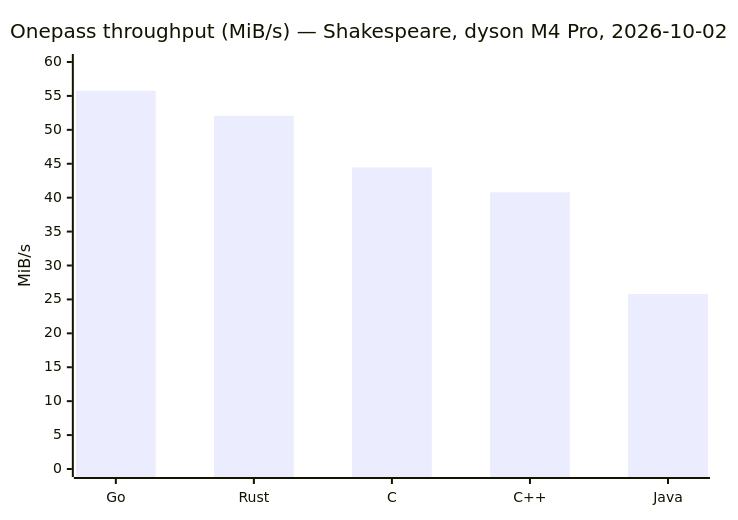
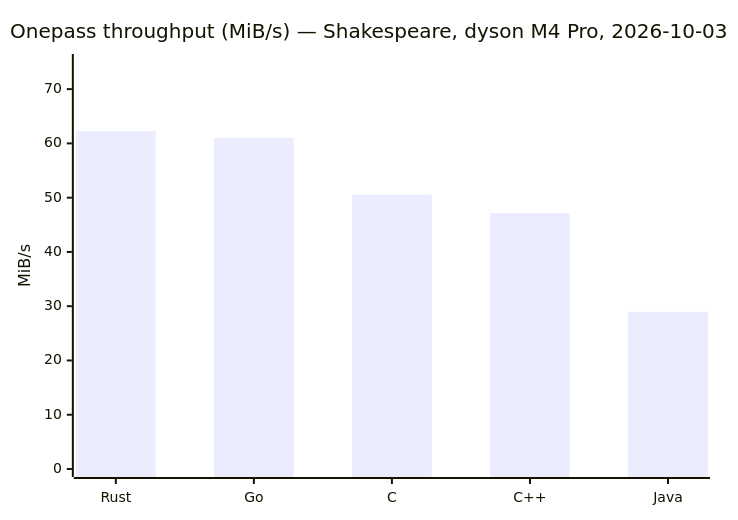
One commit to darrelllong/Delta-Compression changed the third of 10 diagrams in ANALYSIS.md. Above: the diagram before and after it, drawn with Mermaid. The commit also changed other lines of this file and 27 other files, not shown here.

````diff
--- a/ANALYSIS.md
+++ b/ANALYSIS.md
@@ -486,7 +489,7 @@
 ```mermaid
 xychart-beta
-    title "Onepass throughput (MiB/s) — Shakespeare, dyson M4 Pro, 2026-10-02"
-    x-axis ["Go", "Rust", "C", "C++", "Java"]
-    y-axis "MiB/s" 0 --> 60
-    bar [55.76, 52.08, 44.46, 40.79, 25.80]
+    title "Onepass throughput (MiB/s) — Shakespeare, dyson M4 Pro, 2026-10-03"
+    x-axis ["Rust", "Go", "C", "C++", "Java"]
+    y-axis "MiB/s" 0 --> 75
+    bar [62.26, 61.02, 50.58, 47.15, 28.97]
 ```
````
